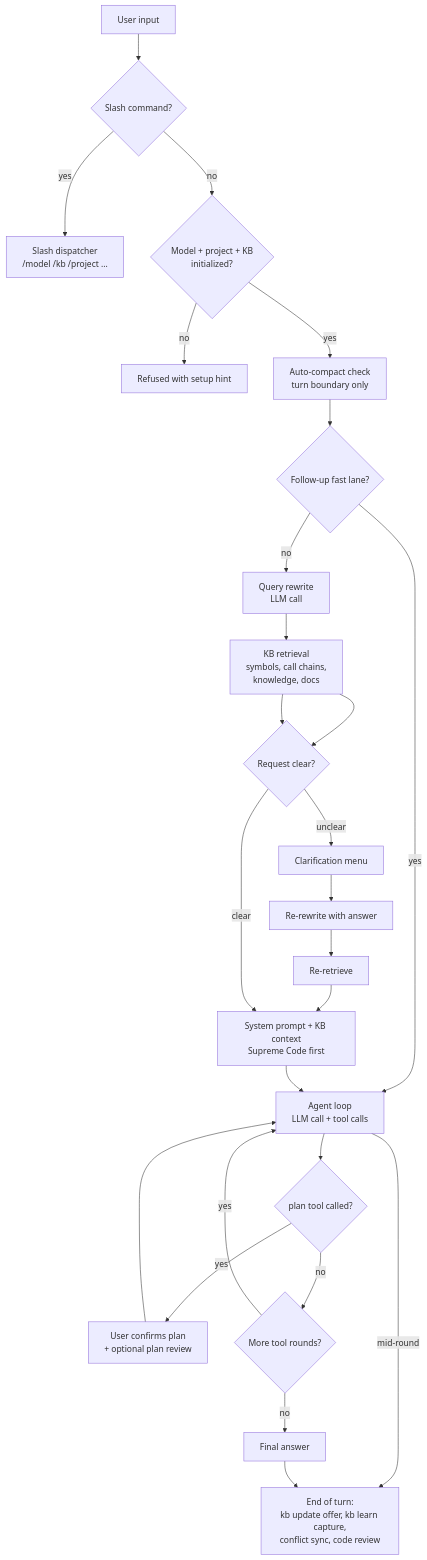
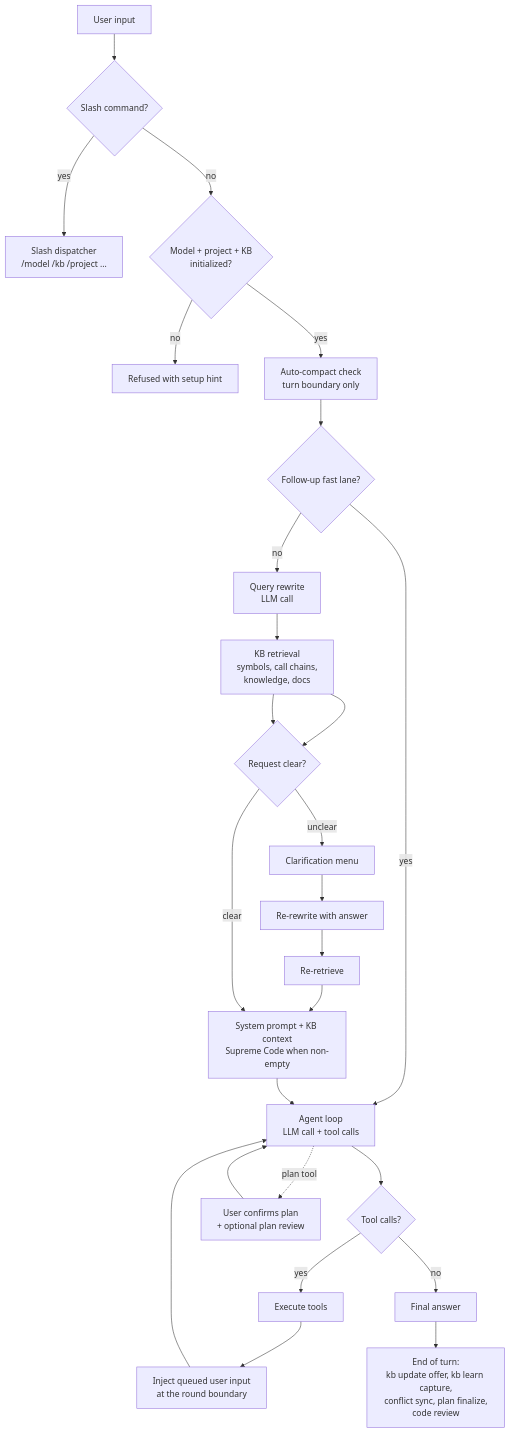
One commit to HaloTech-Co-Ltd/hk2 changed the diagram in docs/en/concepts/agent-workflow.md. Above: the diagram before and after it, drawn with Mermaid. The commit also changed other lines of this file and 42 other files, not shown here.

First line of the commit message:
docs: complete final fact-check and sync runtime descriptions

````diff
--- a/docs/en/concepts/agent-workflow.md
+++ b/docs/en/concepts/agent-workflow.md
@@ -13,23 +13,21 @@
 ```mermaid
 flowchart TD
     U[User input] --> SL{Slash command?}
     SL -- yes --> SC[Slash dispatcher<br/>/model /kb /project ...]
     SL -- no --> GATE{Model + project + KB<br/>initialized?}
     GATE -- no --> HINT[Refused with setup hint]
     GATE -- yes --> AC[Auto-compact check<br/>turn boundary only]
     AC --> FL{Follow-up fast lane?}
     FL -- yes --> LOOP
     FL -- no --> RW[Query rewrite<br/>LLM call] --> KB[KB retrieval<br/>symbols, call chains,<br/>knowledge, docs] --> ASSESS{Request clear?}
     ASSESS -- unclear --> MENU[Clarification menu] --> RW2[Re-rewrite with answer] --> KB2[Re-retrieve] --> SP
     ASSESS -- clear --> SP
     KB --> ASSESS
-    SP[System prompt + KB context<br/>Supreme Code first] --> LOOP[Agent loop<br/>LLM call + tool calls]
-    LOOP --> PLAN{plan tool called?}
-    PLAN -- yes --> CONFIRM[User confirms plan<br/>+ optional plan review]
+    SP[System prompt + KB context<br/>Supreme Code when non-empty] --> LOOP[Agent loop<br/>LLM call + tool calls]
+    LOOP --> TOOLS{Tool calls?}
+    TOOLS -- yes --> EXEC[Execute tools] --> QUEUE[Inject queued user input<br/>at the round boundary] --> LOOP
+    TOOLS -- no --> ANS[Final answer]
+    LOOP -.plan tool.-> CONFIRM[User confirms plan<br/>+ optional plan review]
     CONFIRM --> LOOP
-    PLAN -- no --> MORE{More tool rounds?}
-    MORE -- yes --> LOOP
-    MORE -- no --> ANS[Final answer]
-    LOOP --> |mid-round| EOT[End of turn:<br/>kb update offer, kb learn capture,<br/>conflict sync, code review]
-    ANS --> EOT
+    ANS --> EOT[End of turn:<br/>kb update offer, kb learn capture,<br/>conflict sync, plan finalize,<br/>code review]
 ```
````
